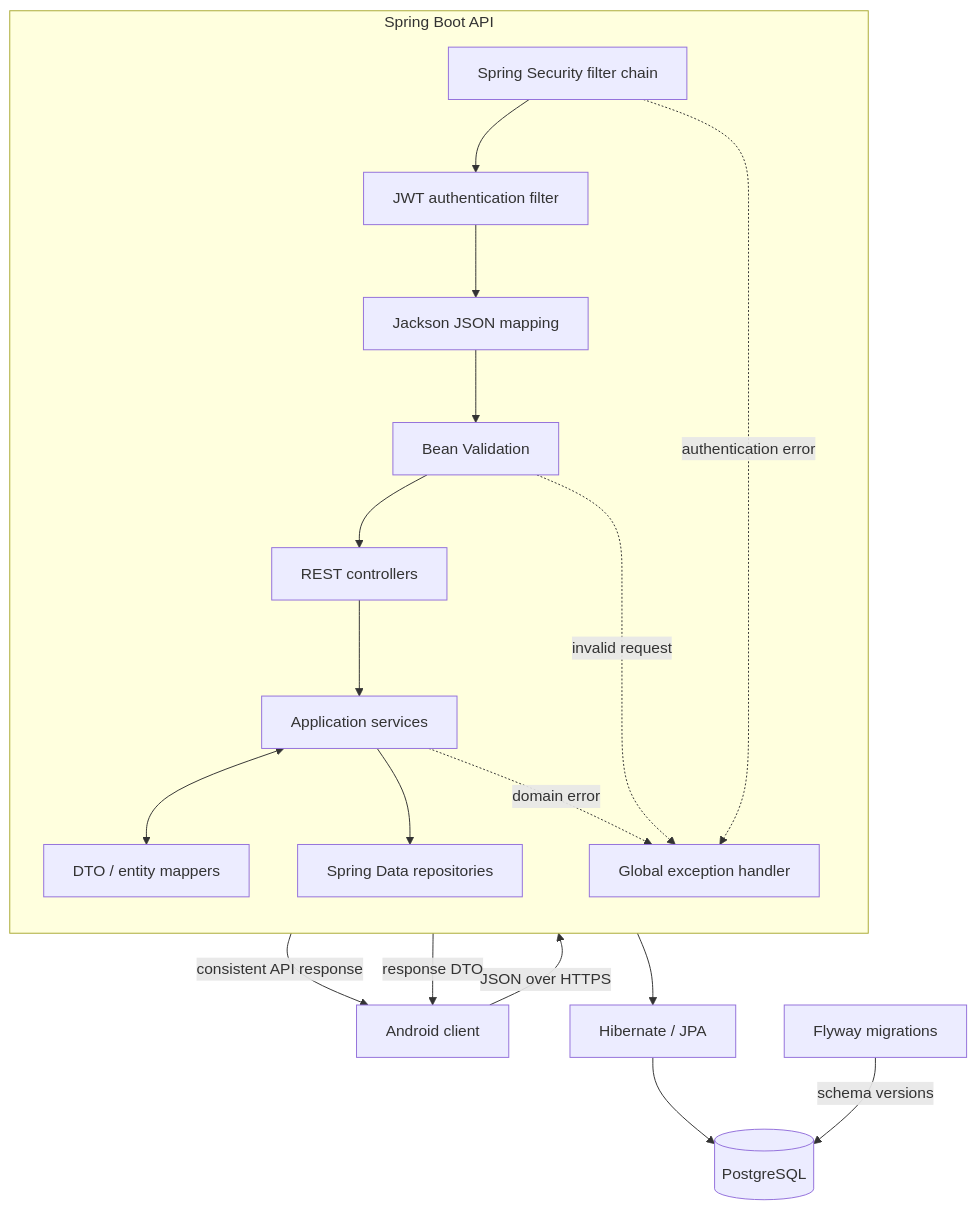
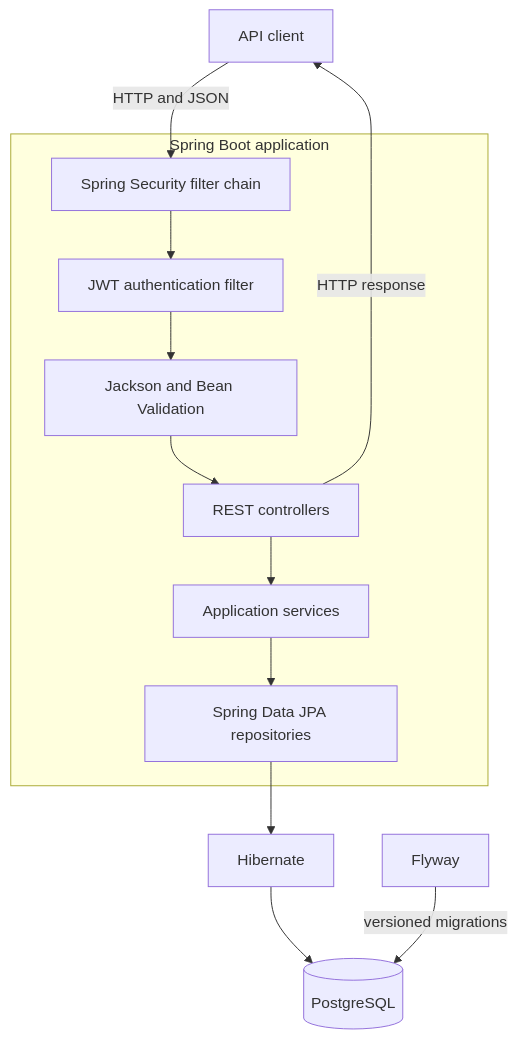
One commit to 1z0t3r1k/Awake changed the first of 2 diagrams in README.md. Above: the diagram before and after it, drawn with Mermaid. The commit also changed other lines of this file, not shown here.

````diff
--- a/README.md
+++ b/README.md
@@ -57,41 +46,29 @@
 ```mermaid
 flowchart TB
-    Client[Android client]
+    Client[API client]
 
-    subgraph API[Spring Boot API]
-        direction TB
+    subgraph Application[Spring Boot application]
+        Security[Spring Security filter chain]
+        JwtFilter[JWT authentication filter]
+        Jackson[Jackson and Bean Validation]
+        Controller[REST controllers]
+        Service[Application services]
+        Repository[Spring Data JPA repositories]
 
-        Security[Spring Security filter chain]
-        JWT[JWT authentication filter]
-        Jackson[Jackson JSON mapping]
-        Validation[Bean Validation]
-        Controllers[REST controllers]
-        Services[Application services]
-        Mappers[DTO / entity mappers]
-        Repositories[Spring Data repositories]
-        Errors[Global exception handler]
-
-        Security --> JWT
-        JWT --> Jackson
-        Jackson --> Validation
-        Validation --> Controllers
-        Controllers --> Services
-        Services <--> Mappers
-        Services --> Repositories
-
-        Security -. authentication error .-> Errors
-        Validation -. invalid request .-> Errors
-        Services -. domain error .-> Errors
+        Security --> JwtFilter
+        JwtFilter --> Jackson
+        Jackson --> Controller
+        Controller --> Service
+        Service --> Repository
     end
 
-    Hibernate[Hibernate / JPA]
+    Hibernate[Hibernate]
     Database[(PostgreSQL)]
-    Flyway[Flyway migrations]
+    Flyway[Flyway]
 
-    Client -->|JSON over HTTPS| Security
-    Repositories --> Hibernate
+    Client -->|HTTP and JSON| Security
+    Repository --> Hibernate
     Hibernate --> Database
-    Flyway -->|schema versions| Database
-    Errors -->|consistent API response| Client
-    Controllers -->|response DTO| Client
+    Flyway -->|versioned migrations| Database
+    Controller -->|HTTP response| Client
 ```
````
